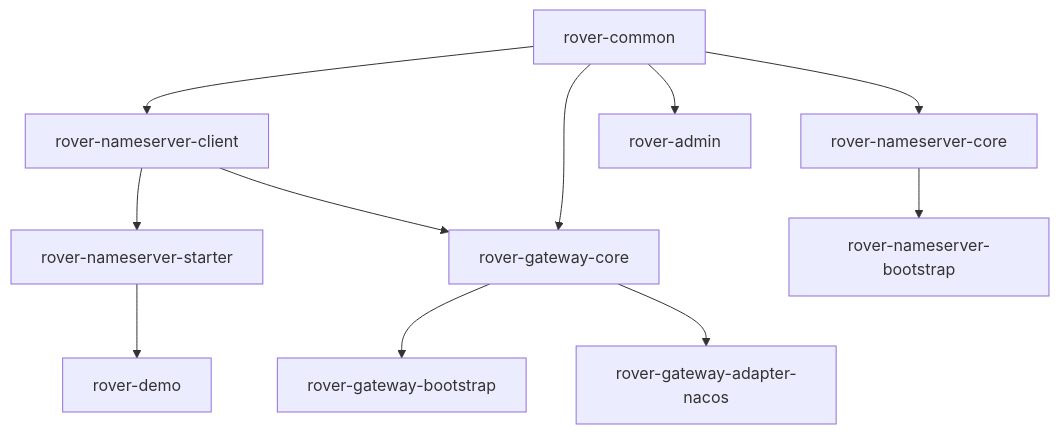
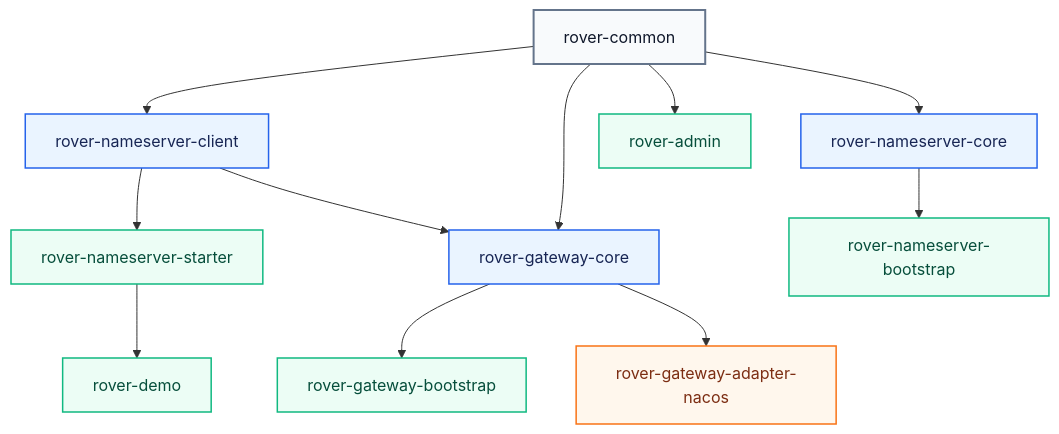
Before and after one commit to zzl-qz/Rover-Suite: the third of 3 diagrams in docs-public/architecture.zh-CN.md, drawn with Mermaid. The commit also changed other lines of this file and 7 other files, not shown here.

Commit message:
调整了一下图

````diff
--- a/docs-public/architecture.zh-CN.md
+++ b/docs-public/architecture.zh-CN.md
@@ -295,16 +334,25 @@
 ```mermaid
 flowchart TB
     CM["rover-common"]
 
     CM --> NC["rover-nameserver-client"]
     CM --> NK["rover-nameserver-core"]
     CM --> GC["rover-gateway-core"]
 
     NC --> ST["rover-nameserver-starter"]
     NC --> GC
     NK --> NS["rover-nameserver-bootstrap"]
     GC --> GB["rover-gateway-bootstrap"]
     GC --> NA["rover-gateway-adapter-nacos"]
     ST --> DM["rover-demo"]
     CM --> AD["rover-admin"]
+
+    classDef shared fill:#F8FAFC,stroke:#64748B,color:#0F172A,stroke-width:2px;
+    classDef core fill:#EAF4FF,stroke:#2563EB,color:#172554,stroke-width:1.5px;
+    classDef app fill:#ECFDF5,stroke:#10B981,color:#064E3B,stroke-width:1.5px;
+    classDef experimental fill:#FFF7ED,stroke:#F97316,color:#7C2D12,stroke-width:1.5px;
+    class CM shared;
+    class NC,NK,GC core;
+    class ST,NS,GB,DM,AD app;
+    class NA experimental;
 ```
````
